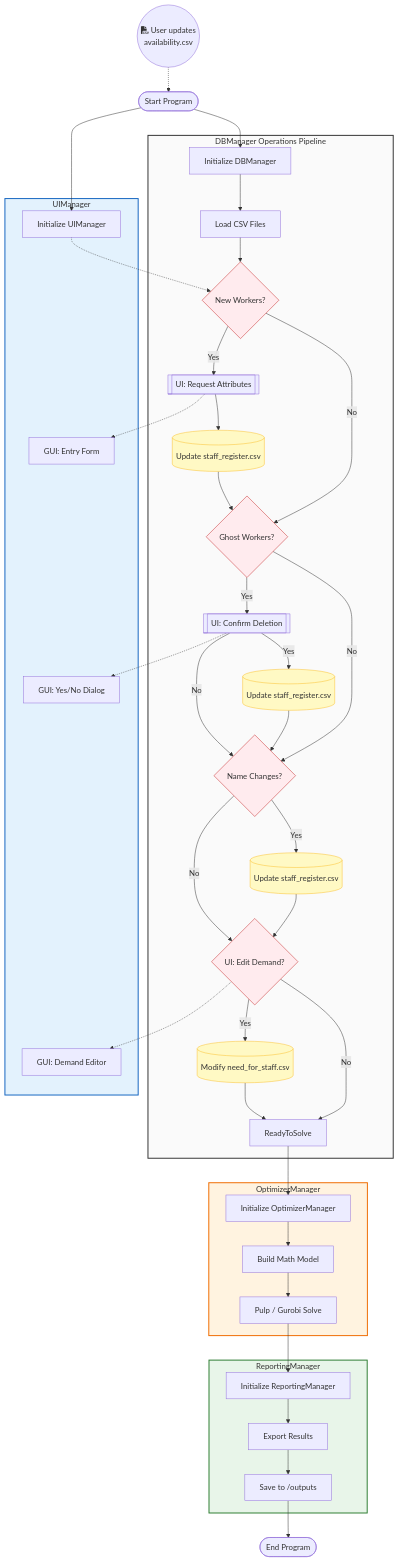
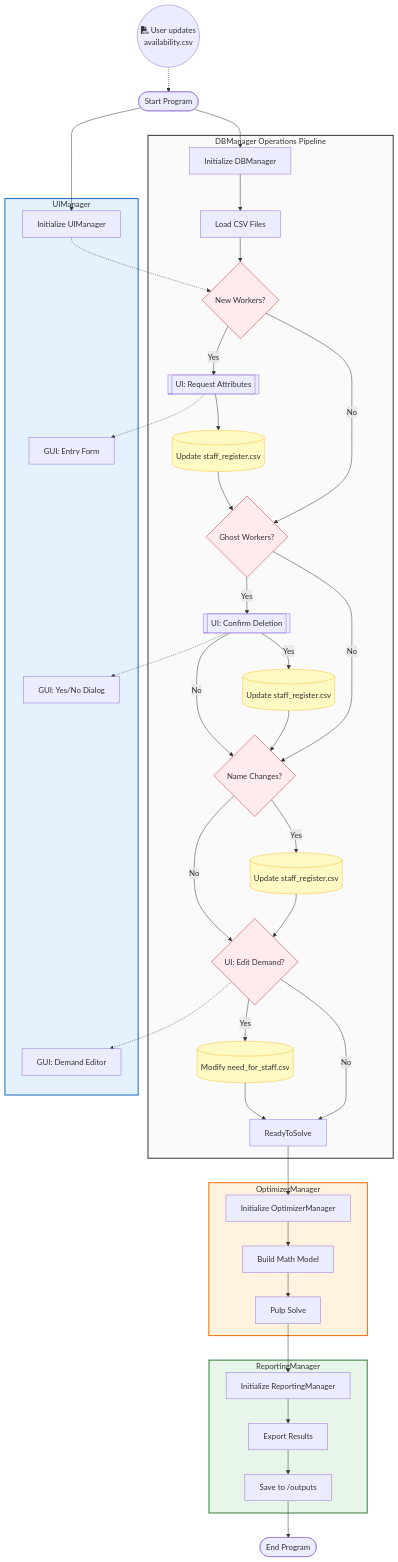
The diagram in README.md (MaximeMoussi/Schedule), drawn with Mermaid before and after one commit.

````diff
--- a/README.md
+++ b/README.md
@@ -64,76 +64,76 @@
 ```mermaid
 flowchart TD
 
 
 Upload((fa:fa-file-csv User updates<br/>availability.csv)) -.-> Start([Start Program])
 
 
 Start --> DB_Init[Initialize DBManager]
 Start --> UI_Init[Initialize UIManager]
 
 subgraph DBLayer ["DBManager Operations Pipeline"]
     DB_Init --> Load[Load CSV Files]
     Load --> NewCheck{New Workers?}
     
     %% Path 1: Worker Sync
     NewCheck -- Yes --> AskNew[[UI: Request Attributes]]
     AskNew --> SyncDB[(Update staff_register.csv)]
     SyncDB --> GhostCheck
     NewCheck -- No --> GhostCheck{Ghost Workers?}
 
     %% Path 2: Ghost Cleanup
     GhostCheck -- Yes --> AskGhost[[UI: Confirm Deletion]]
     AskGhost -- Yes --> SyncDB2[(Update staff_register.csv)]
     AskGhost -- No --> NameCheck
     SyncDB2 --> NameCheck{Name Changes?}
     GhostCheck -- No --> NameCheck
     
     %% Path 3: Name Sync
     NameCheck -- Yes --> SyncDB3[(Update staff_register.csv)]
     NameCheck -- No --> DemandCheck
     SyncDB3 --> DemandCheck{UI: Edit Demand?}
 
     %% Path 4: Demand Edit (Now inside DB Manager)
     DemandCheck -- Yes --> EditDemand[(Modify need_for_staff.csv)]
     EditDemand --> ReadyToSolve
     DemandCheck -- No --> ReadyToSolve
 end
 
 subgraph UILayer ["UIManager"]
     UI_Init -.-> NewCheck
     
     %% UI components called by the DB Pipeline
     AskNew -.-> GUI_Form[GUI: Entry Form]
     AskGhost -.-> GUI_Dialog[GUI: Yes/No Dialog]
     DemandCheck -.-> GUI_Edit[GUI: Demand Editor]
 end
 
 subgraph OptimizerLayer ["OptimizerManager"]
     ReadyToSolve --> Opti_Init[Initialize OptimizerManager] 
     Opti_Init[Initialize OptimizerManager] --> Setup[Build Math Model]
-    Setup --> Solve[Pulp / Gurobi Solve]
+    Setup --> Solve[Pulp Solve]
 end
 
 subgraph ReportingLayer ["ReportingManager"]
     Solve --> Reportinit[Initialize ReportingManager] 
     Reportinit --> Generate[Export Results]
     Generate --> Save[Save to /outputs]
 end
 
 Save --> End([End Program])
 
 style DBLayer fill:#fafafa,stroke:#333,stroke-width:2px
 style UILayer fill:#e3f2fd,stroke:#1565c0,stroke-width:2px
 style OptimizerLayer fill:#fff3e0,stroke:#ef6c00,stroke-width:2px
 style ReportingLayer fill:#e8f5e9,stroke:#2e7d32,stroke-width:2px
 
 style SyncDB fill:#fff9c4,stroke:#fbc02d,stroke-width:1px
 style SyncDB2 fill:#fff9c4,stroke:#fbc02d,stroke-width:1px
 style SyncDB3 fill:#fff9c4,stroke:#fbc02d,stroke-width:1px
 style EditDemand fill:#fff9c4,stroke:#fbc02d,stroke-width:1px
 
 style NewCheck fill:#ffebee,stroke:#c62828
 style GhostCheck fill:#ffebee,stroke:#c62828
 style NameCheck fill:#ffebee,stroke:#c62828
 style DemandCheck fill:#ffebee,stroke:#c62828
 ```
````
